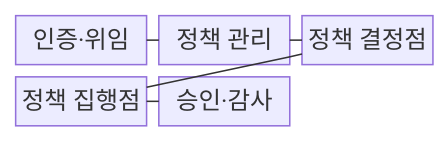
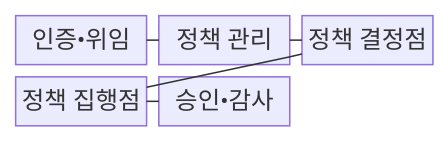
One commit to agnusdei1207/knowledge-base changed the first of 2 diagrams in src/content/docs/notes/08-latest-tech/017_agent_authorization_control.md. Above: the diagram before and after it, drawn with Mermaid. The commit also changed other lines of this file and 953 other files, not shown here.

````diff
--- a/src/content/docs/notes/08-latest-tech/017_agent_authorization_control.md
+++ b/src/content/docs/notes/08-latest-tech/017_agent_authorization_control.md
@@ -70,13 +70,13 @@
 ```mermaid
 block-beta
     columns 3
-    I["인증·위임"]
+    I["인증•위임"]
     P["정책 관리"]
     D["정책 결정점"]
     E["정책 집행점"]
-    A["승인·감사"]
+    A["승인•감사"]
     I --- P
     P --- D
     D --- E
     E --- A
 ```
````
